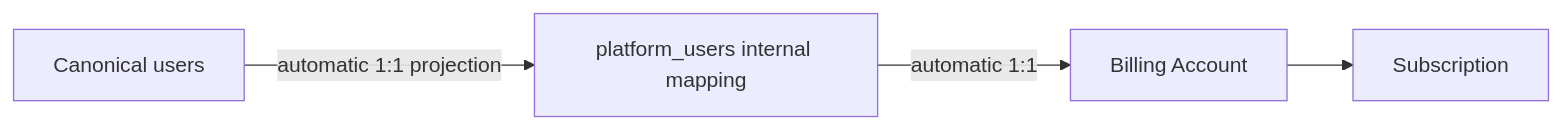
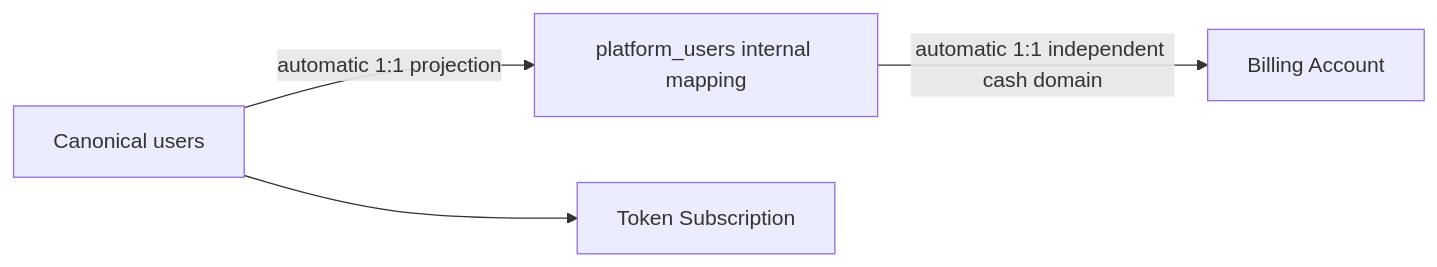
The second of 2 diagrams in docs/architecture/ink-dream-memory/02-business-integration-and-admin-boundary.md (glide-the/dream-im-platform), drawn with Mermaid before and after one commit. The commit also changed other lines of this file and 130 other files, not shown here.

First line of the commit message:
feat: Implement subscription payment system with token-based billing

````diff
--- a/docs/architecture/ink-dream-memory/02-business-integration-and-admin-boundary.md
+++ b/docs/architecture/ink-dream-memory/02-business-integration-and-admin-boundary.md
@@ -35,6 +35,6 @@
 ```mermaid
 flowchart LR
   User["Canonical users"] -->|"automatic 1:1 projection"| Mapping["platform_users internal mapping"]
-  Mapping -->|"automatic 1:1"| Account["Billing Account"]
-  Account --> Subscription["Subscription"]
+  User --> Subscription["Token Subscription"]
+  Mapping -->|"automatic 1:1 independent cash domain"| Account["Billing Account"]
 ```
````
